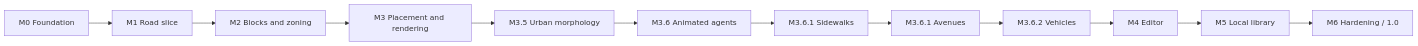
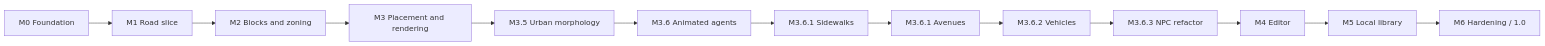
The diagram in docs/ROADMAP.md (Canni-DEV/city), drawn with Mermaid before and after one commit. The commit also changed other lines of this file and 37 other files, not shown here.

````diff
--- a/docs/ROADMAP.md
+++ b/docs/ROADMAP.md
@@ -3,4 +3,4 @@
 ```mermaid
 flowchart LR
-  M0["M0 Foundation"] --> M1["M1 Road slice"] --> M2["M2 Blocks and zoning"] --> M3["M3 Placement and rendering"] --> M35["M3.5 Urban morphology"] --> M36["M3.6 Animated agents"] --> M361["M3.6.1 Sidewalks"] --> M361A["M3.6.1 Avenues"] --> M362["M3.6.2 Vehicles"] --> M4["M4 Editor"] --> M5["M5 Local library"] --> M6["M6 Hardening / 1.0"]
+  M0["M0 Foundation"] --> M1["M1 Road slice"] --> M2["M2 Blocks and zoning"] --> M3["M3 Placement and rendering"] --> M35["M3.5 Urban morphology"] --> M36["M3.6 Animated agents"] --> M361["M3.6.1 Sidewalks"] --> M361A["M3.6.1 Avenues"] --> M362["M3.6.2 Vehicles"] --> M363["M3.6.3 NPC refactor"] --> M4["M4 Editor"] --> M5["M5 Local library"] --> M6["M6 Hardening / 1.0"]
 ```
````
